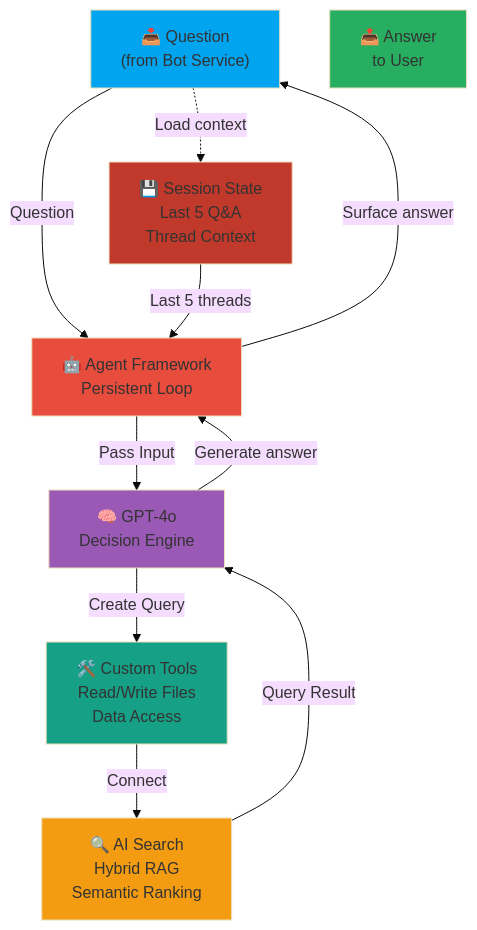
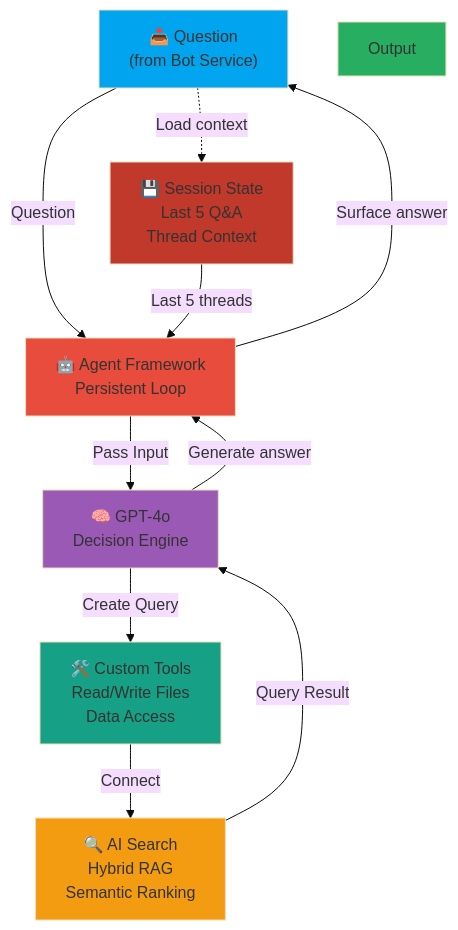
Before and after one commit to gabycb/rag-sample-copy: the second of 3 diagrams in README.md, drawn with Mermaid (base theme).

Commit message:
Remove output section from README
Removed output section from the README.

````diff
--- a/README.md
+++ b/README.md
@@ -74,36 +74,34 @@
 ```mermaid
 graph TB
     Input["📥 Question<br/>(from Bot Service)"]
     
     SessionMgr["💾 Session State<br/>Last 5 Q&A<br/>Thread Context"]
     
     Agent["🤖 Agent Framework<br/>Persistent Loop"]
     
     LLM["🧠 GPT-4o<br/>Decision Engine"]
     
     Tools["🛠️ Custom Tools<br/>Read/Write Files<br/>Data Access"]
     
     Search["🔍 AI Search<br/>Hybrid RAG<br/>Semantic Ranking"]
-    
-    Output["📤 Answer<br/>to User"]
-    
+        
     Input -->|Question| Agent
     Input -.->|Load context| SessionMgr
     SessionMgr -->|Last 5 threads| Agent
     
     Agent -->|Pass Input| LLM
     LLM -->|Create Query| Tools
     Tools -->|Connect| Search
     Search -->|Query Result| LLM
     
     LLM -->|Generate answer| Agent
     Agent -->|Surface answer| Input
     
     style Input fill:#00a4ef
     style Agent fill:#e74c3c
     style LLM fill:#9b59b6
     style SessionMgr fill:#c0392b
     style Tools fill:#16a085
     style Search fill:#f39c12
     style Output fill:#27ae60
 ```
````
